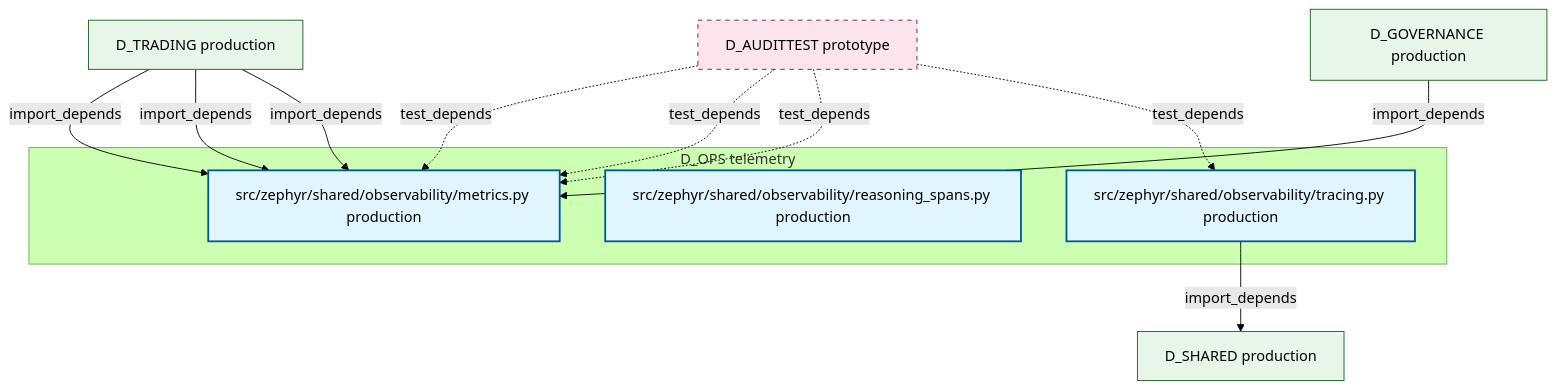
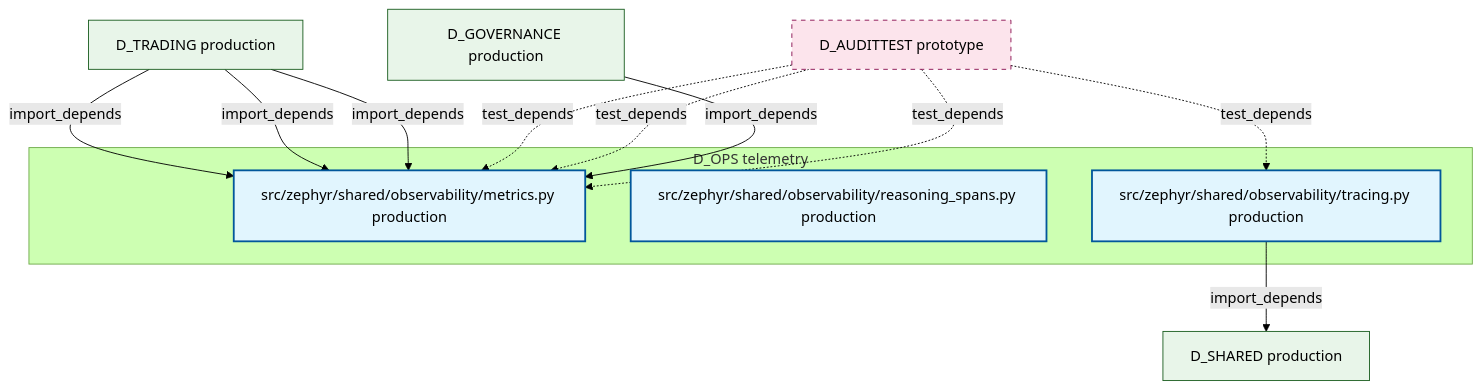
One commit to xuanFelixVan/ZephyrAlpha changed the diagram in docs/02_enterprise_architecture/02_domain_architecture_docs/15_d_ops.md. Above: the diagram before and after it, drawn with Mermaid (forest theme). The commit also changed other lines of this file and 100 other files, not shown here.

````diff
--- a/docs/02_enterprise_architecture/02_domain_architecture_docs/15_d_ops.md
+++ b/docs/02_enterprise_architecture/02_domain_architecture_docs/15_d_ops.md
@@ -47,28 +47,28 @@
 ```mermaid
 graph TD
     subgraph D_OPS["D_OPS telemetry"]
         src_zephyr_shared_observability_metrics_py["src/zephyr/shared/observability/metrics.py production"]
         src_zephyr_shared_observability_reasoning_spans_py["src/zephyr/shared/observability/reasoning_spans.py production"]
         src_zephyr_shared_observability_tracing_py["src/zephyr/shared/observability/tracing.py production"]
     end
     D_SHARED["D_SHARED production"]
     src_zephyr_shared_observability_tracing_py -->|import_depends| D_SHARED
-    D_TRADING["D_TRADING production"]
-    D_TRADING -->|import_depends| src_zephyr_shared_observability_metrics_py
     D_AUDITTEST["D_AUDITTEST prototype"]
-    D_AUDITTEST -.->|test_depends| src_zephyr_shared_observability_tracing_py
+    D_AUDITTEST -.->|test_depends| src_zephyr_shared_observability_metrics_py
     D_GOVERNANCE["D_GOVERNANCE production"]
     D_GOVERNANCE -->|import_depends| src_zephyr_shared_observability_metrics_py
     D_AUDITTEST -.->|test_depends| src_zephyr_shared_observability_metrics_py
     D_AUDITTEST -.->|test_depends| src_zephyr_shared_observability_metrics_py
-    D_AUDITTEST -.->|test_depends| src_zephyr_shared_observability_metrics_py
+    D_TRADING["D_TRADING production"]
     D_TRADING -->|import_depends| src_zephyr_shared_observability_metrics_py
     D_TRADING -->|import_depends| src_zephyr_shared_observability_metrics_py
+    D_TRADING -->|import_depends| src_zephyr_shared_observability_metrics_py
+    D_AUDITTEST -.->|test_depends| src_zephyr_shared_observability_tracing_py
     classDef production fill:#e1f5fe,stroke:#01579b,stroke-width:2px,color:#000
     classDef design fill:#fff3e0,stroke:#e65100,stroke-width:2px,color:#000,stroke-dasharray: 5 5
     classDef external_prod fill:#e8f5e9,stroke:#1b5e20,stroke-width:1px,color:#000
     classDef external_design fill:#fce4ec,stroke:#880e4f,stroke-width:1px,color:#000,stroke-dasharray: 5 5
     class src_zephyr_shared_observability_metrics_py,src_zephyr_shared_observability_reasoning_spans_py,src_zephyr_shared_observability_tracing_py production
-    class D_SHARED,D_TRADING,D_GOVERNANCE external_prod
+    class D_SHARED,D_GOVERNANCE,D_TRADING external_prod
     class D_AUDITTEST external_design
 ```
````
